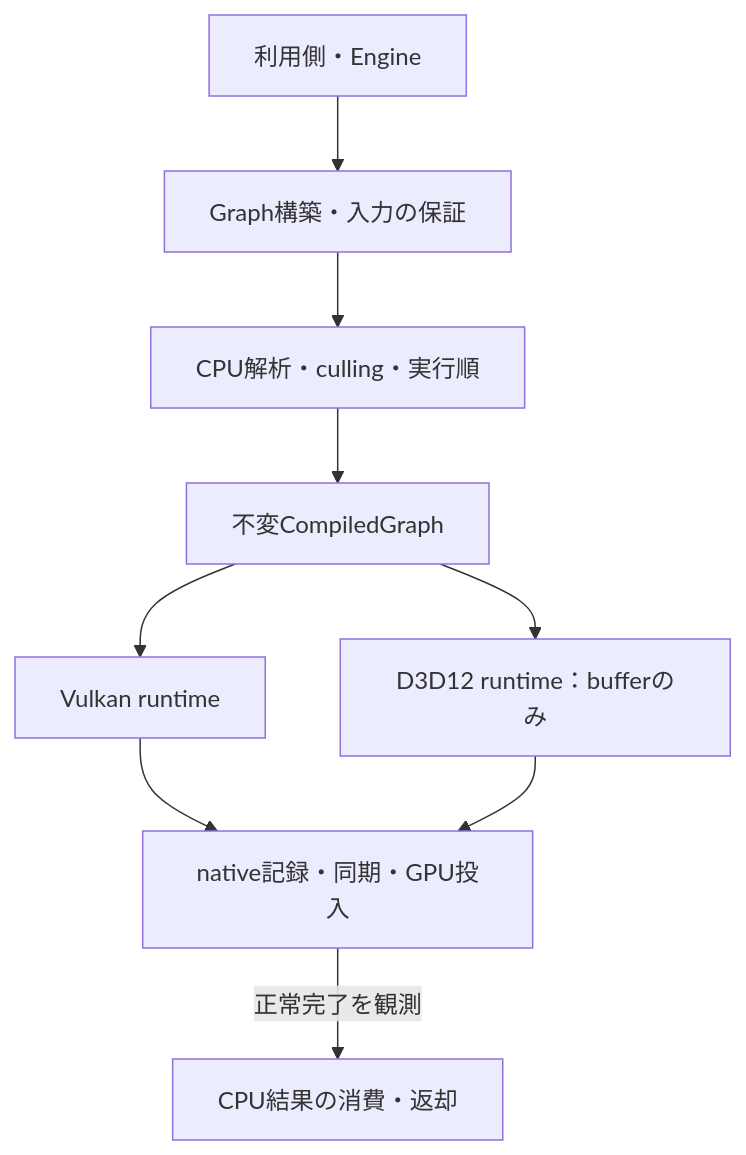
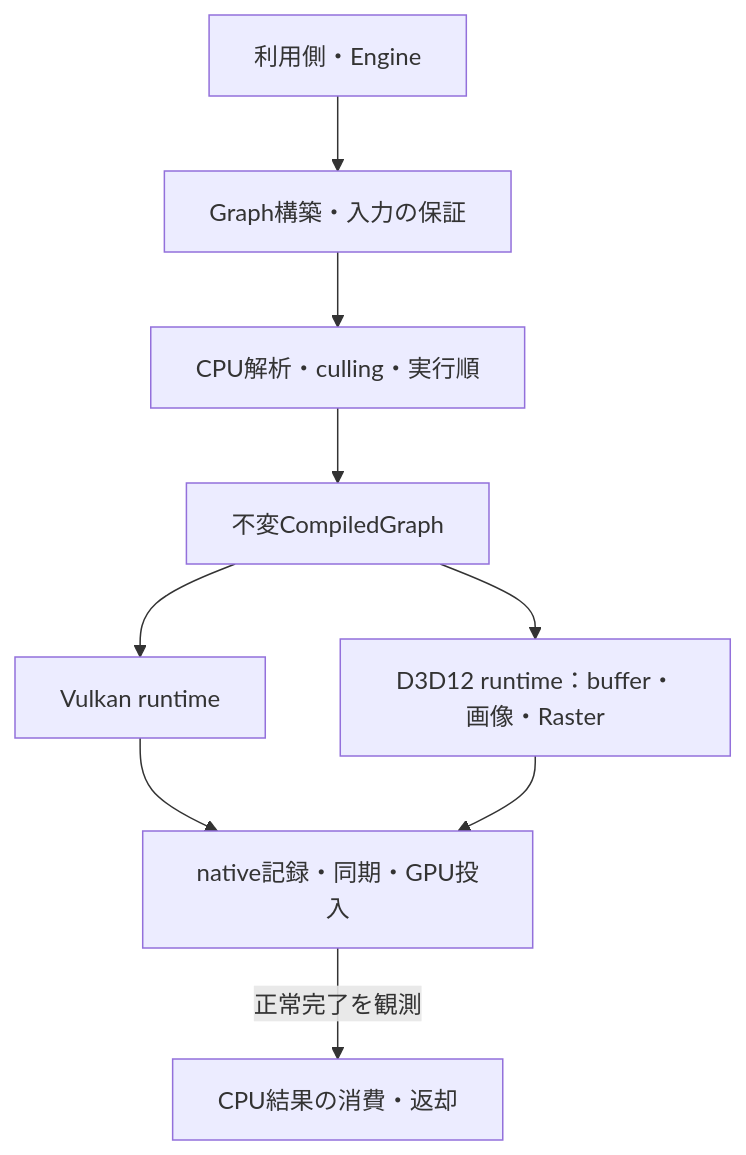
The diagram in docs/design/rendergraph-diagrams/architecture.mmd (tsukushibito/renderer), drawn with Mermaid before and after one commit. The commit also changed 10 other files, not shown here.

```diff
--- a/docs/design/rendergraph-diagrams/architecture.mmd
+++ b/docs/design/rendergraph-diagrams/architecture.mmd
@@ -1,11 +1,11 @@
 flowchart TB
     accTitle: 宣言からGPU実行までの責務
     accDescr: 利用側とEngineが共通Graphを構築する。CPU解析は必要なproducerとpassを選び不変CompiledGraphを作る。VulkanまたはD3D12 runtimeが対応する操作をnative記録と投入へ変換し、正常完了後にCPU結果を返す。
     client["利用側・Engine"] --> build["Graph構築・入力の保証"]
     build --> analysis["CPU解析・culling・実行順"]
     analysis --> plan["不変CompiledGraph"]
     plan --> vulkan["Vulkan runtime"]
-    plan --> d3d["D3D12 runtime：bufferのみ"]
+    plan --> d3d["D3D12 runtime：buffer・画像・Raster"]
     vulkan --> gpu["native記録・同期・GPU投入"]
     d3d --> gpu
     gpu -->|"正常完了を観測"| result["CPU結果の消費・返却"]
```
